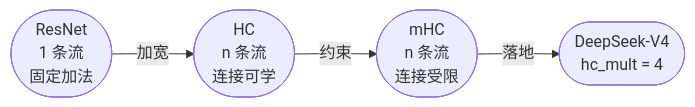
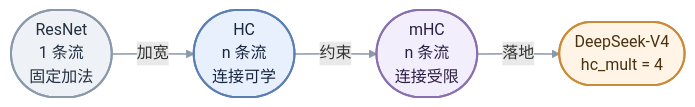
One commit to GoCHug/vllm-ascend changed the first of 8 diagrams in vllm_ascend/models/deepseek_v4/dsv4_docs/mhc.md. Above: the diagram before and after it, drawn with Mermaid. The commit also changed other lines of this file, not shown here.

````diff
--- a/vllm_ascend/models/deepseek_v4/dsv4_docs/mhc.md
+++ b/vllm_ascend/models/deepseek_v4/dsv4_docs/mhc.md
@@ -47,6 +47,15 @@
 ```mermaid
 flowchart LR
     A(["ResNet<br/>1 条流<br/>固定加法"]) -->|"加宽"| B(["HC<br/>n 条流<br/>连接可学"])
     B -->|"约束"| C(["mHC<br/>n 条流<br/>连接受限"])
     C -->|"落地"| D(["DeepSeek-V4<br/>hc_mult = 4"])
+    classDef g1 fill:#eef1f5,stroke:#8b98ab,stroke-width:2px,color:#243040;
+    classDef g2 fill:#e8f0fe,stroke:#5b7fb5,stroke-width:2px,color:#16273d;
+    classDef g3 fill:#f3eefc,stroke:#8a6fb0,stroke-width:2px,color:#2b1f42;
+    classDef g4 fill:#fff4e5,stroke:#c98a3a,stroke-width:2px,color:#4a3110;
+    class A g1;
+    class B g2;
+    class C g3;
+    class D g4;
+    linkStyle 0,1,2 stroke:#8b98ab,stroke-width:1.5px;
 ```
````
